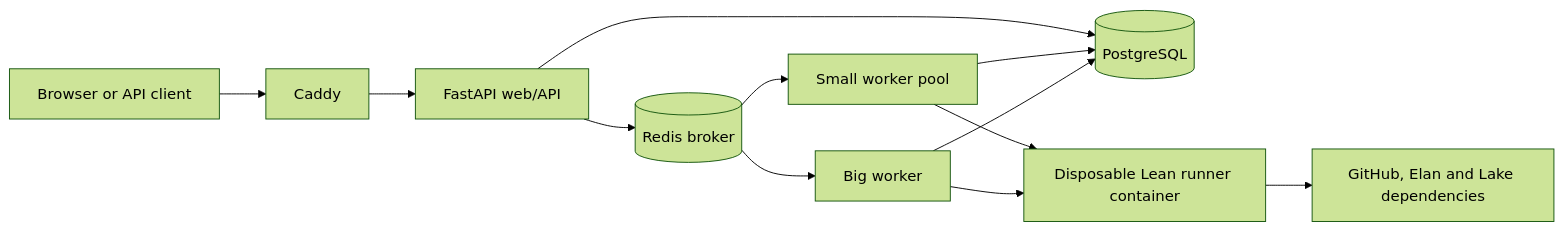
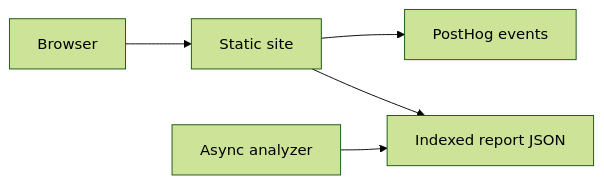
One commit to vicsn/lean-report-card changed the diagram in README.md. Above: the diagram before and after it, drawn with Mermaid (forest theme). The commit also changed other lines of this file and 25 other files, not shown here.

Commit message:
Ship a static Palomar-like index and queue submissions through PostHog.

````diff
--- a/README.md
+++ b/README.md
@@ -9,14 +9,7 @@
 ```mermaid
 flowchart LR
-    U[Browser or API client] --> C[Caddy]
-    C --> W[FastAPI web/API]
-    W --> P[(PostgreSQL)]
-    W --> R[(Redis broker)]
-    R --> S[Small worker pool]
-    R --> B[Big worker]
-    S --> D[Disposable Lean runner container]
-    B --> D
-    D --> G[GitHub, Elan and Lake dependencies]
-    S --> P
-    B --> P
+    U[Browser] --> S[Static site]
+    S --> H[PostHog events]
+    S --> J[Indexed report JSON]
+    W[Async analyzer] --> J
 ```
````
